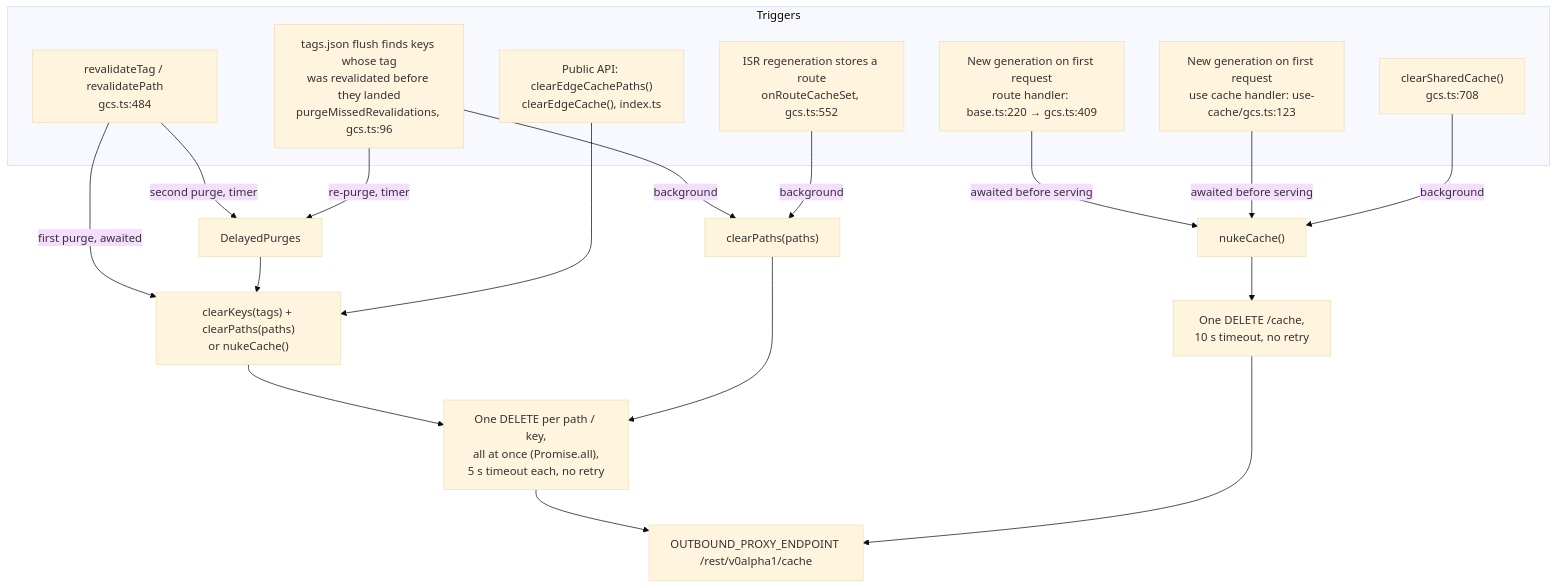
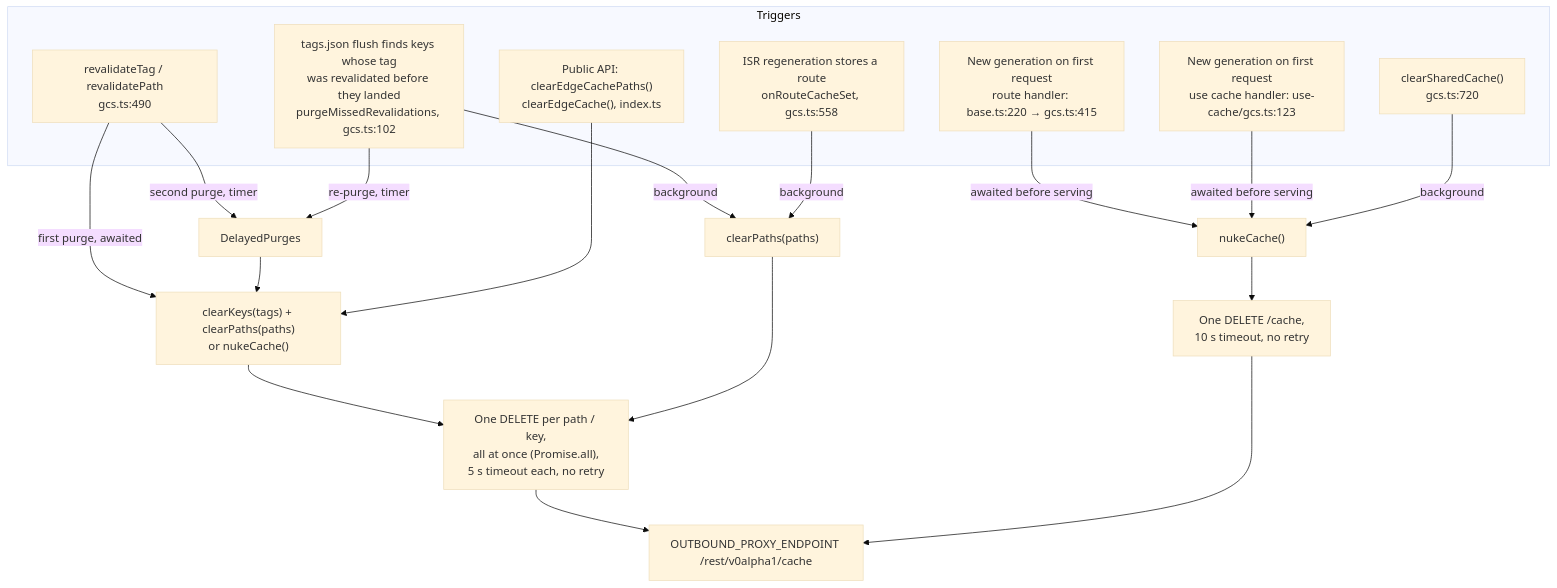
The fourth of 5 diagrams in ARCHITECTURE.md (pantheon-systems/nextjs-cache-handler), drawn with Mermaid (base theme) before and after one commit. The commit also changed other lines of this file and 10 other files, not shown here.

````diff
--- a/ARCHITECTURE.md
+++ b/ARCHITECTURE.md
@@ -145,29 +150,29 @@
 ```mermaid
 flowchart TB
   subgraph triggers["Triggers"]
-    t1["revalidateTag / revalidatePath<br/>gcs.ts:484"]
-    t2["ISR regeneration stores a route<br/>onRouteCacheSet, gcs.ts:552"]
-    t3["tags.json flush finds keys whose tag<br/>was revalidated before they landed<br/>purgeMissedRevalidations, gcs.ts:96"]
-    t4["New generation on first request<br/>route handler: base.ts:220 → gcs.ts:409"]
+    t1["revalidateTag / revalidatePath<br/>gcs.ts:490"]
+    t2["ISR regeneration stores a route<br/>onRouteCacheSet, gcs.ts:558"]
+    t3["tags.json flush finds keys whose tag<br/>was revalidated before they landed<br/>purgeMissedRevalidations, gcs.ts:102"]
+    t4["New generation on first request<br/>route handler: base.ts:220 → gcs.ts:415"]
     t5["New generation on first request<br/>use cache handler: use-cache/gcs.ts:123"]
-    t6["clearSharedCache()<br/>gcs.ts:708"]
+    t6["clearSharedCache()<br/>gcs.ts:720"]
     t7["Public API: clearEdgeCachePaths()<br/>clearEdgeCache(), index.ts"]
   end
 
   t1 -- "first purge, awaited" --> keysPaths["clearKeys(tags) + clearPaths(paths)<br/>or nukeCache()"]
   t1 -- "second purge, timer" --> dp[DelayedPurges]
   t3 -- "background" --> paths1["clearPaths(paths)"]
   t3 -- "re-purge, timer" --> dp
   dp --> keysPaths
   t2 -- "background" --> paths1
   t4 -- "awaited before serving" --> nuke["nukeCache()"]
   t5 -- "awaited before serving" --> nuke
   t6 -- "background" --> nuke
   t7 --> keysPaths
 
   keysPaths --> fan["One DELETE per path / key,<br/>all at once (Promise.all),<br/>5 s timeout each, no retry"]
   paths1 --> fan
   nuke --> one["One DELETE /cache,<br/>10 s timeout, no retry"]
   fan --> proxy[OUTBOUND_PROXY_ENDPOINT /rest/v0alpha1/cache]
   one --> proxy
 ```
````
